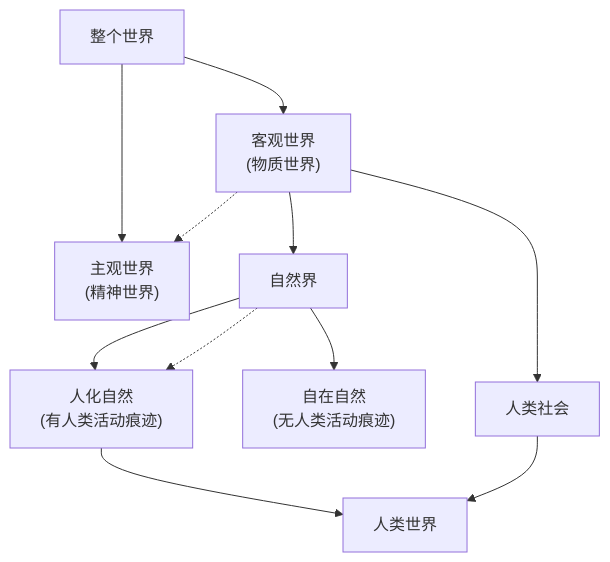
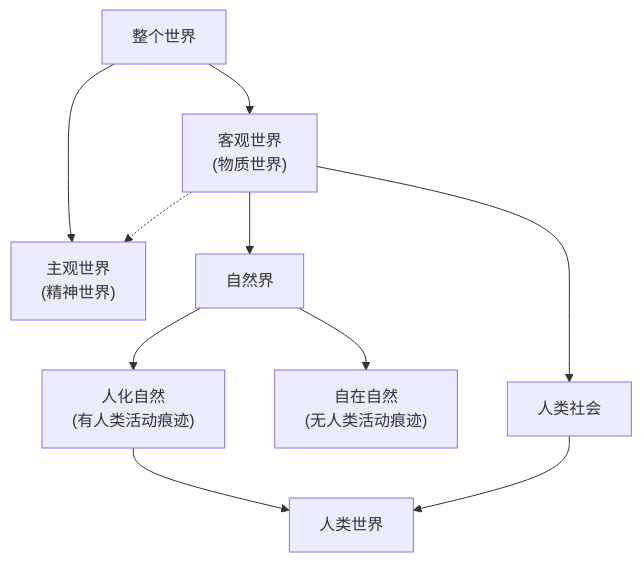
Before and after one commit to DuHaoyang626/national-postgraduate-entrance-exam-notes: the diagram in 04政治/2027 考研政治马原讲义.md, drawn with Mermaid.

Commit message:
Update from Sync Service

````diff
--- a/04政治/2027 考研政治马原讲义.md
+++ b/04政治/2027 考研政治马原讲义.md
@@ -300,18 +300,17 @@
 ```mermaid
 graph TD
     A["整个世界"] --> B["客观世界
 (物质世界)"]
     A --> C["主观世界
 (精神世界)"]
     B --> D["自然界"]
     B --> E["人类社会"]
     D --> F["自在自然
 (无人类活动痕迹)"]
     D --> G["人化自然
 (有人类活动痕迹)"]
     G --> H["人类世界"]
     E --> H
     B -.-> C
-    D -.-> G
 
 ```
````
